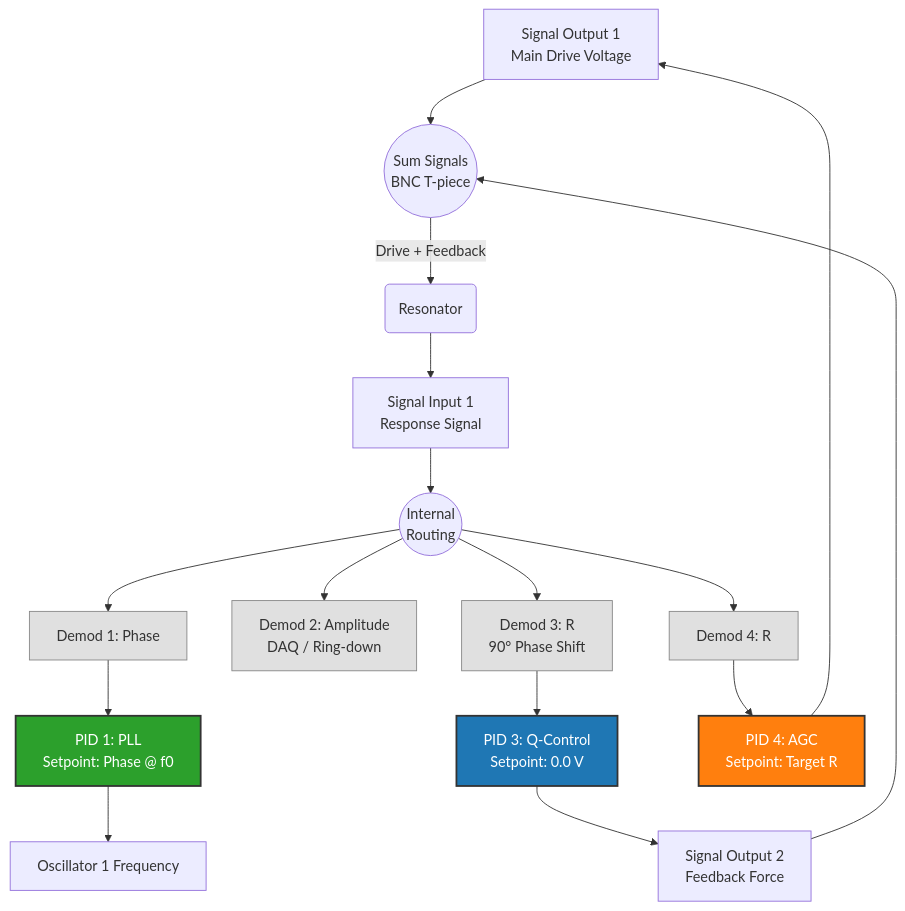
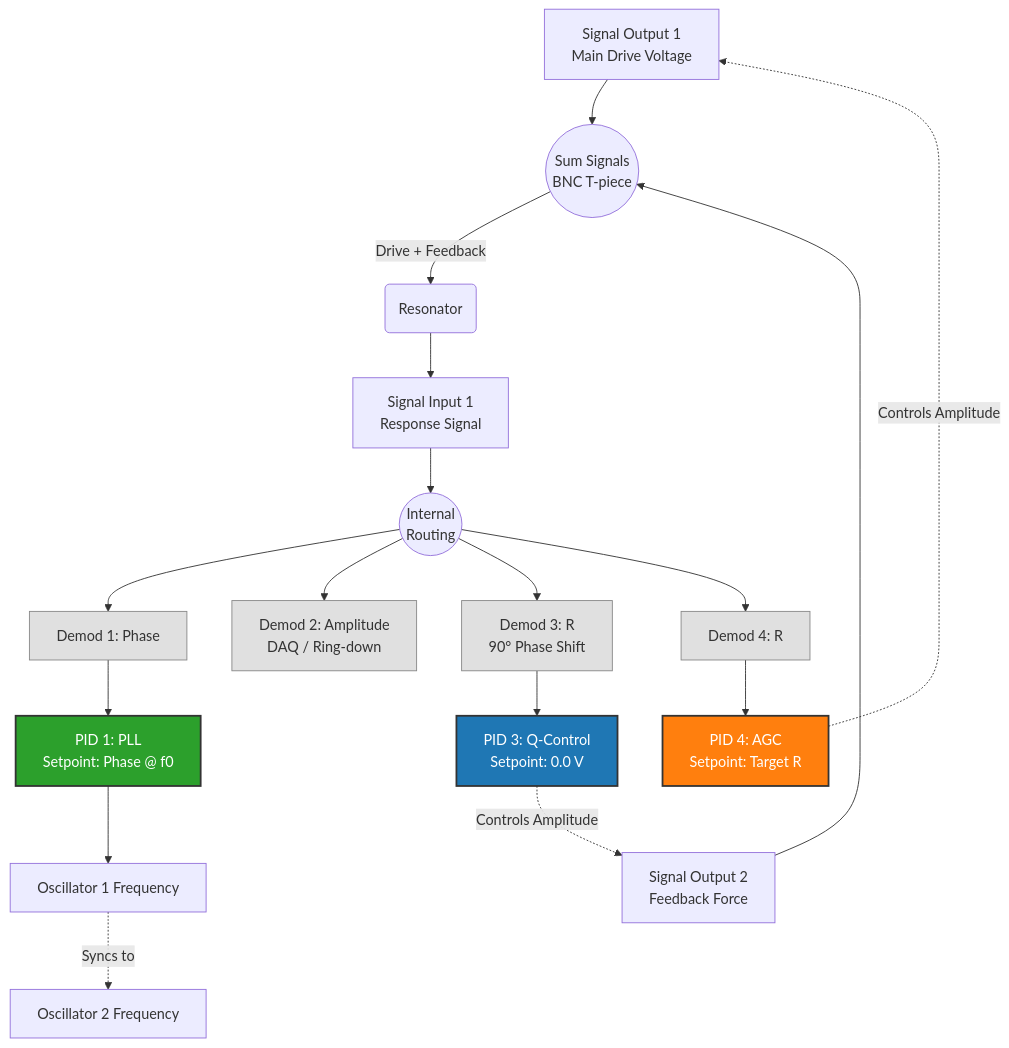
One commit to nitad54448/Sauerbrey changed the diagram in Q-control.md. Above: the diagram before and after it, drawn with Mermaid.

````diff
--- a/Q-control.md
+++ b/Q-control.md
@@ -12,35 +12,43 @@
 ```mermaid
 graph TD
-    %% Physical Hardware Summation & Input
-    SigOut1[Signal Output 1<br>Main Drive Voltage] --> Sum((Sum Signals<br>BNC T-piece))
-    SigOut2[Signal Output 2<br>Feedback Force] --> Sum
+    %% Define top-level nodes first to lock them at the top
+    SigOut1[Signal Output 1<br>Main Drive Voltage]
+    SigOut2[Signal Output 2<br>Feedback Force]
+
+    %% Physical Signal Flow (Top to Bottom)
+    SigOut1 --> Sum((Sum Signals<br>BNC T-piece))
+    SigOut2 --> Sum
     Sum -->|Drive + Feedback| Res(Resonator)
     Res --> SigIn[Signal Input 1<br>Response Signal]
     SigIn --> Splitter((Internal<br>Routing))
 
-    %% Demodulators
+    %% Demodulation
     Splitter --> D1[Demod 1: Phase]
     Splitter --> D2[Demod 2: Amplitude<br>DAQ / Ring-down]
     Splitter --> D3[Demod 3: R<br>90° Phase Shift]
     Splitter --> D4[Demod 4: R]
 
-    %% PIDs
+    %% PID Controllers
     D1 --> P1[PID 1: PLL<br>Setpoint: Phase @ f0]
     D3 --> P3[PID 3: Q-Control<br>Setpoint: 0.0 V]
     D4 --> P4[PID 4: AGC<br>Setpoint: Target R]
 
-    %% Outputs closing the loop
+    %% Frequencies and Sync
     P1 --> Osc1[Oscillator 1 Frequency]
-    P3 --> SigOut2
-    P4 --> SigOut1
+    Osc1 -.->|Syncs to| Osc2[Oscillator 2 Frequency]
+
+    %% Control Loop Feedback (Bottom back to Top)
+    P4 -.->|Controls Amplitude| SigOut1
+    P3 -.->|Controls Amplitude| SigOut2
 
     classDef pid1 fill:#2ca02c,stroke:#333,stroke-width:2px,color:#fff;
     classDef pid3 fill:#1f77b4,stroke:#333,stroke-width:2px,color:#fff;
     classDef pid4 fill:#ff7f0e,stroke:#333,stroke-width:2px,color:#fff;
     classDef demod fill:#e0e0e0,stroke:#888,stroke-width:1px;
     
     class P1 pid1;
     class P3 pid3;
     class P4 pid4;
     class D1,D2,D3,D4 demod;
+
 ```
````
